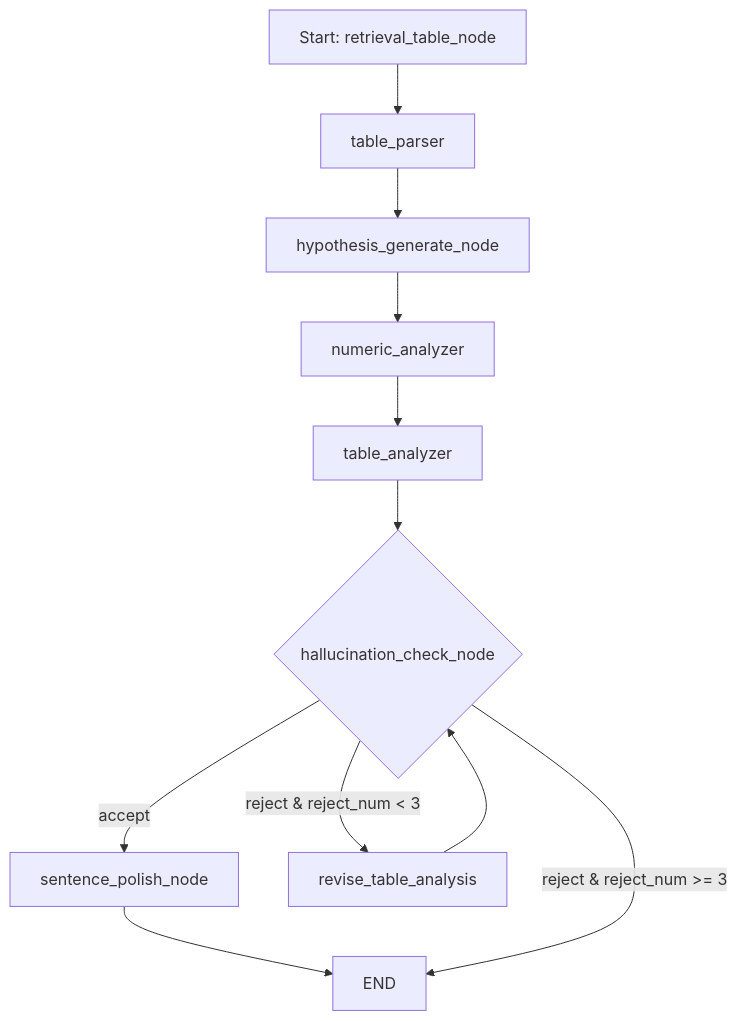
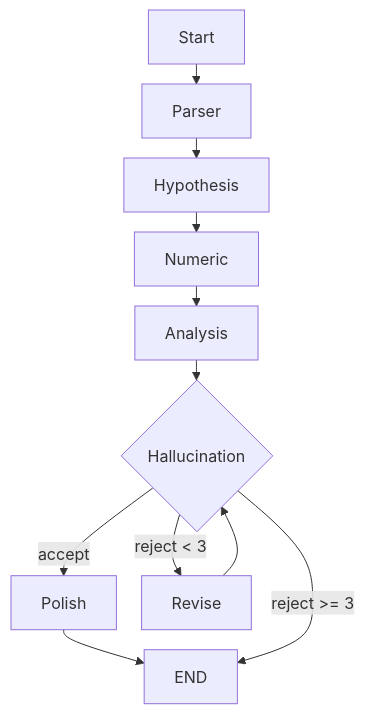
One commit to torijune/Tool_Agent_PCRP changed the fourth of 4 diagrams in README.md. Above: the diagram before and after it, drawn with Mermaid. The commit also changed other lines of this file, not shown here.

````diff
--- a/README.md
+++ b/README.md
@@ -43,16 +73,17 @@
 ```mermaid
+%%{init: {'theme':'default', 'flowchart': {'nodeSpacing': 20, 'rankSpacing': 20}}}%%
 graph TD
-    A[Start: retrieval_table_node] --> B[table_parser]
-    B --> C[hypothesis_generate_node]
-    C --> D[numeric_analyzer]
-    D --> E[table_analyzer]
-    E --> F{hallucination_check_node}
+    A[Start] --> B[Parser]
+    B --> C[Hypothesis]
+    C --> D[Numeric]
+    D --> E[Analysis]
+    E --> F{Hallucination}
 
-    F -->|accept| G[sentence_polish_node]
+    F -->|accept| G[Polish]
     G --> H[END]
 
-    F -->|reject & reject_num < 3| I[revise_table_analysis]
+    F -->|reject < 3| I[Revise]
     I --> F
 
-    F -->|reject & reject_num >= 3| H
+    F -->|reject >= 3| H
 ```
````
